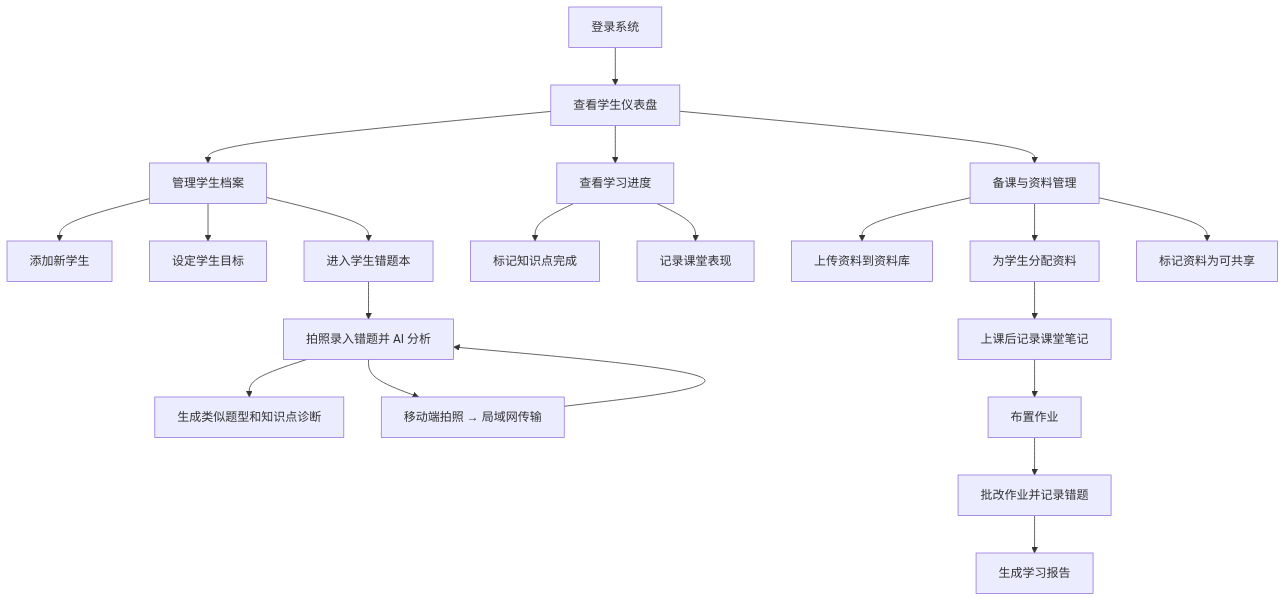
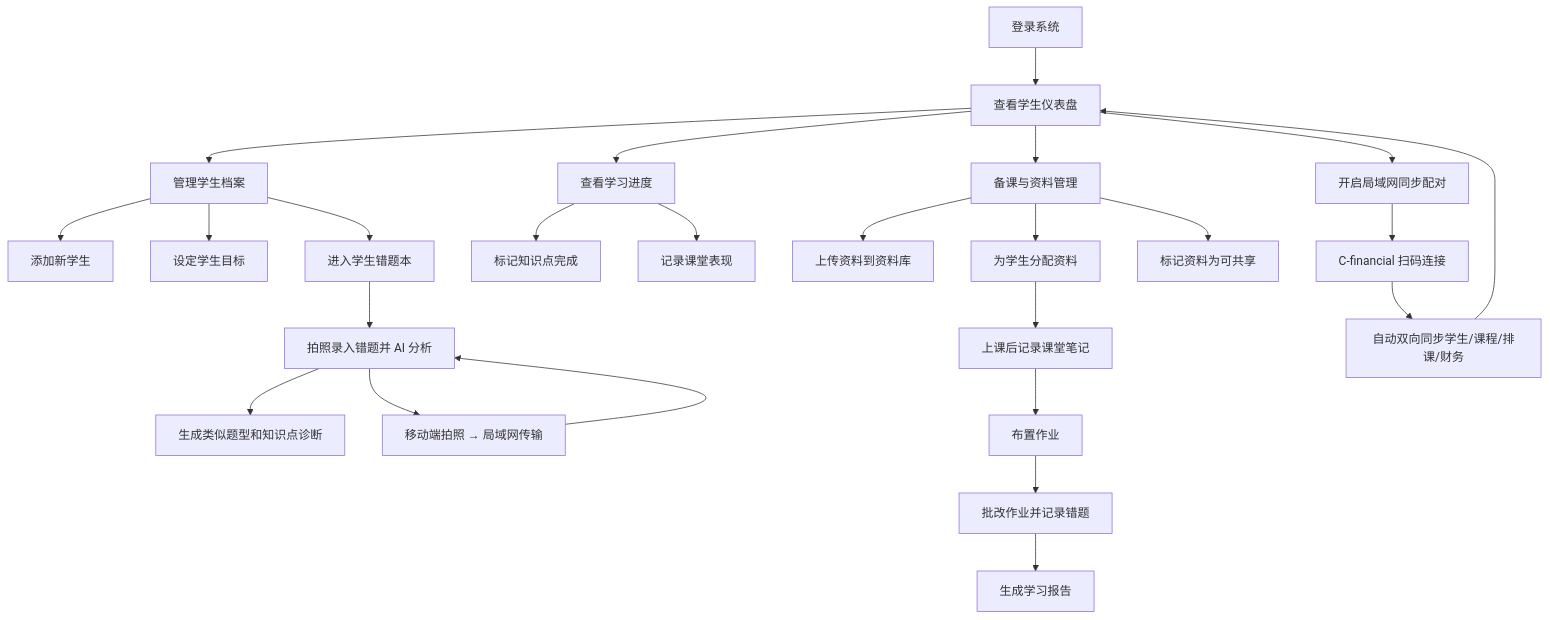
The diagram in docs/PRD.md (WikkyGao/c-teacher), drawn with Mermaid before and after one commit. The commit also changed other lines of this file and 4 other files, not shown here.

````diff
--- a/docs/PRD.md
+++ b/docs/PRD.md
@@ -619,23 +716,27 @@
 ```mermaid
 graph TD
     A[登录系统] --> B[查看学生仪表盘]
     B --> C1[管理学生档案]
     B --> C2[查看学习进度]
     B --> C3[备课与资料管理]
     C1 --> D1[添加新学生]
     C1 --> D2[设定学生目标]
     C1 --> D8[进入学生错题本]
     C2 --> D3[标记知识点完成]
     C2 --> D4[记录课堂表现]
     C3 --> D5[上传资料到资料库]
     C3 --> D6[为学生分配资料]
     C3 --> D7[标记资料为可共享]
     D6 --> E[上课后记录课堂笔记]
     E --> F[布置作业]
     F --> G[批改作业并记录错题]
     D8 --> G1[拍照录入错题并 AI 分析]
     G1 --> G2[生成类似题型和知识点诊断]
     G1 --> G3[移动端拍照 → 局域网传输]
     G3 --> G1
+    B --> S1[开启局域网同步配对]
+    S1 --> S2[C-financial 扫码连接]
+    S2 --> S3[自动双向同步学生/课程/排课/财务]
+    S3 --> B
     G --> H[生成学习报告]
 ```
````
